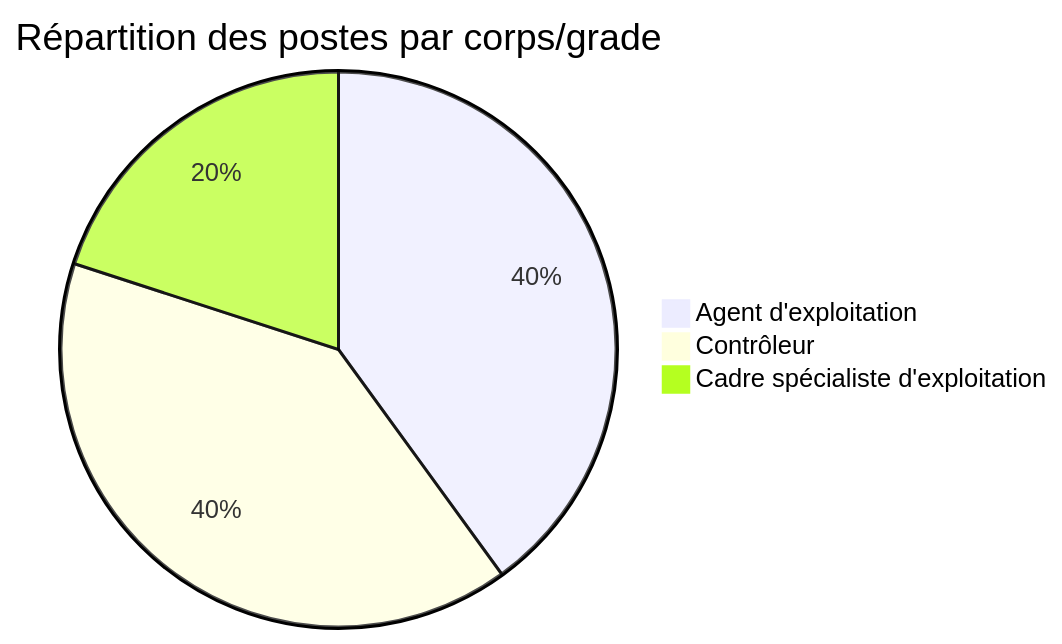
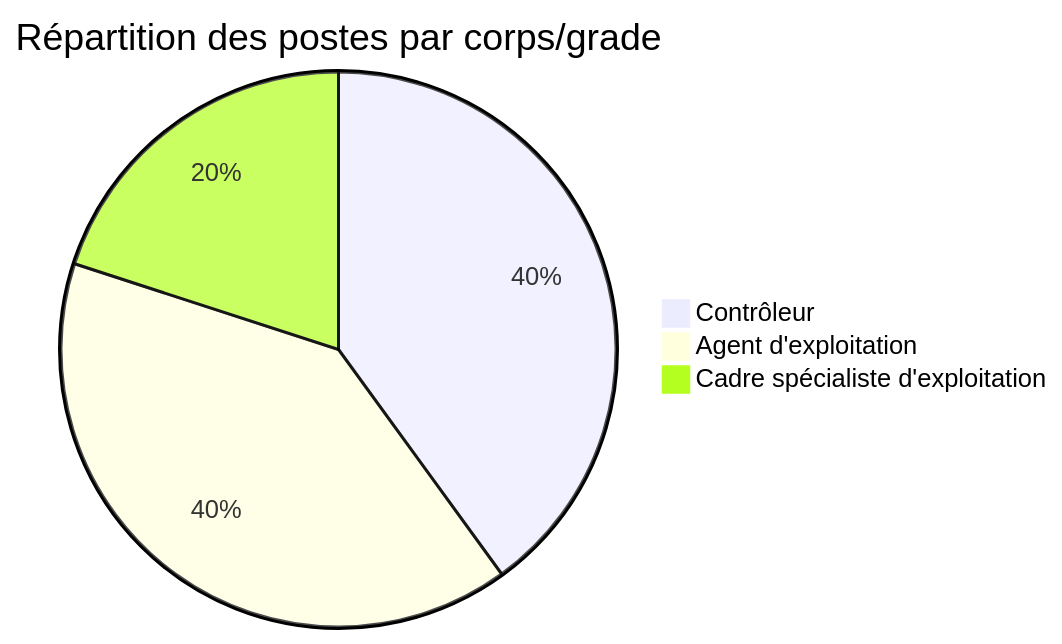
One commit to opt-nc/odata-avps-drhfpnc changed the diagram in data/index.md. Above: the diagram before and after it, drawn with Mermaid. The commit also changed other lines of this file and 5 other files, not shown here.

````diff
--- a/data/index.md
+++ b/data/index.md
@@ -13,6 +13,6 @@
 ```mermaid
 pie title Répartition des postes par corps/grade
+    "Contrôleur" : 2
     "Agent d'exploitation" : 2
-    "Contrôleur" : 2
     "Cadre spécialiste d'exploitation" : 1
 ```
````
